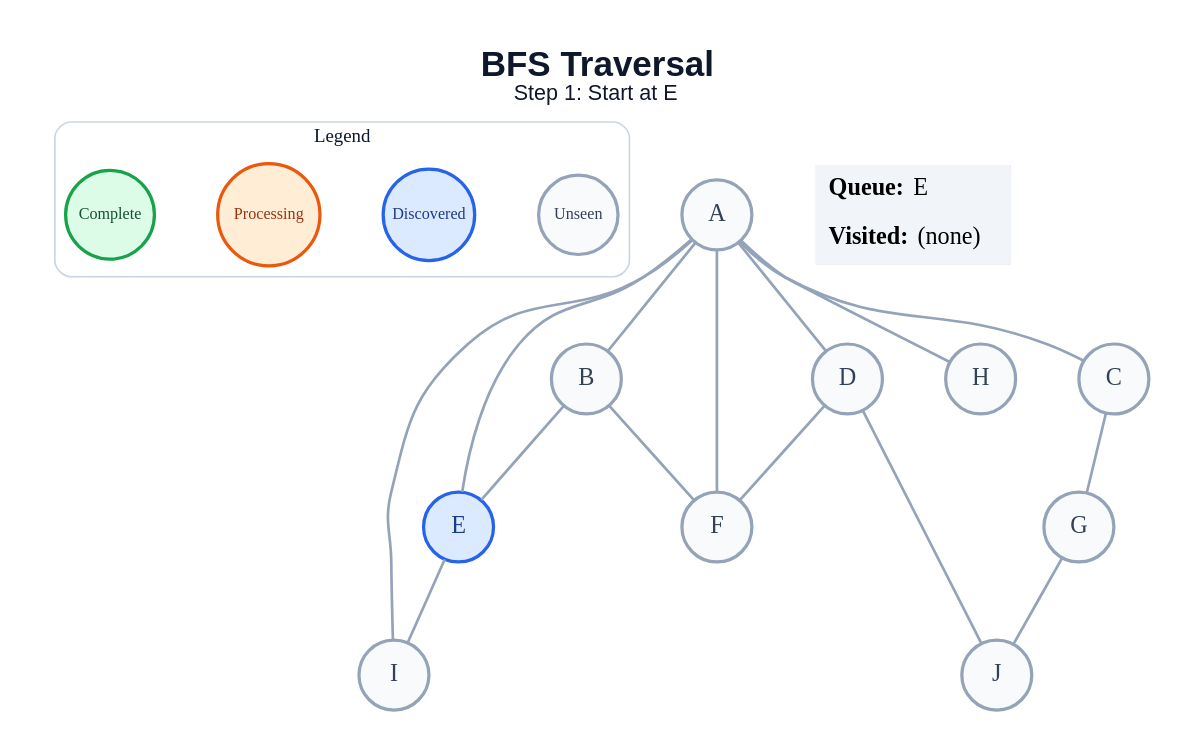
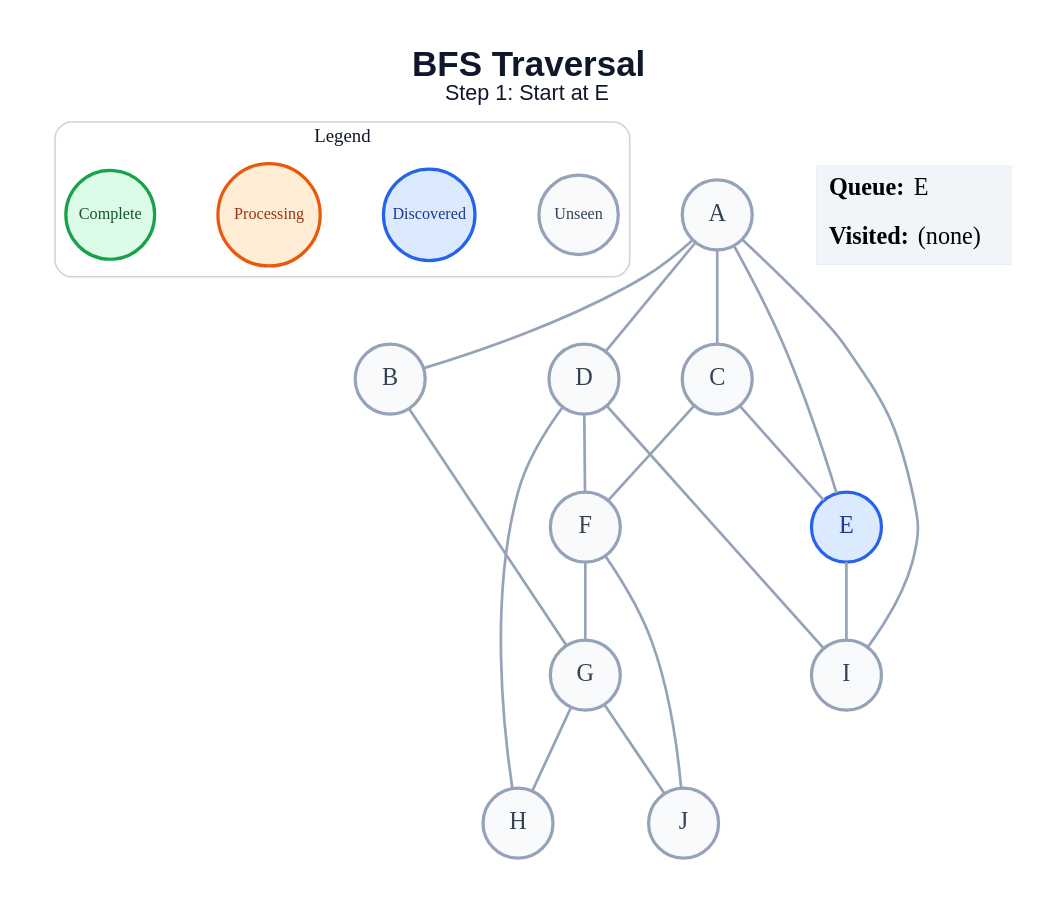
Before and after one commit to amanghodawala9/ai-slop: the diagram in generated/specific-node/bfs/step_01.dot, drawn with Graphviz. The commit also changed 178 other files, not shown here.

```diff
--- a/generated/specific-node/bfs/step_01.dot
+++ b/generated/specific-node/bfs/step_01.dot
@@ -1,43 +1,45 @@
 graph traversal {
   graph [layout=dot, rankdir=TB, bgcolor="#FFFFFF", pad="0.35", nodesep="0.65", ranksep="0.8", fontname="Arial"];
   node [shape=circle, style="filled", fontname="Arial Bold", fontsize=18, width=0.72, fixedsize=true, penwidth=2.4];
   edge [color="#94A3B8", penwidth=2.0];
   label=<<B>BFS Traversal</B><BR/><FONT POINT-SIZE="16">Step 1: Start at E</FONT>>; labelloc="t"; fontsize=26; fontname="Arial"; fontcolor="#0F172A";
   subgraph cluster_legend { label="Legend"; color="#CBD5E1"; penwidth=1.2; style="rounded"; fontsize=14; fontname="Arial Bold";
     key_unseen [label="Unseen", fillcolor="#F8FAFC", color="#94A3B8", fontcolor="#334155", fontsize=12, width=0.82];
     key_frontier [label="Discovered", fillcolor="#DBEAFE", color="#2563EB", fontcolor="#1E3A8A", fontsize=12, width=0.95];
     key_current [label="Processing", fillcolor="#FFEDD5", color="#EA580C", fontcolor="#9A3412", fontsize=12, width=1.05];
     key_done [label="Complete", fillcolor="#DCFCE7", color="#16A34A", fontcolor="#14532D", fontsize=12, width=0.92];
     { rank=same; key_unseen; key_frontier; key_current; key_done; }
   }
   A [fillcolor="#F8FAFC", color="#94A3B8", fontcolor="#334155"];
   B [fillcolor="#F8FAFC", color="#94A3B8", fontcolor="#334155"];
   C [fillcolor="#F8FAFC", color="#94A3B8", fontcolor="#334155"];
   D [fillcolor="#F8FAFC", color="#94A3B8", fontcolor="#334155"];
   E [fillcolor="#DBEAFE", color="#2563EB", fontcolor="#1E3A8A"];
   F [fillcolor="#F8FAFC", color="#94A3B8", fontcolor="#334155"];
   G [fillcolor="#F8FAFC", color="#94A3B8", fontcolor="#334155"];
   H [fillcolor="#F8FAFC", color="#94A3B8", fontcolor="#334155"];
   I [fillcolor="#F8FAFC", color="#94A3B8", fontcolor="#334155"];
   J [fillcolor="#F8FAFC", color="#94A3B8", fontcolor="#334155"];
   A -- B;
   A -- C;
   A -- D;
   A -- E;
-  A -- F;
-  A -- H;
   A -- I;
-  B -- E;
-  B -- F;
-  C -- G;
+  B -- G;
+  C -- E;
+  C -- F;
   D -- F;
-  D -- J;
+  D -- H;
+  D -- I;
   E -- I;
+  F -- G;
+  F -- J;
+  G -- H;
   G -- J;
   status [shape=plain, fixedsize=false, width=0, height=0, margin=0, label=<
     <TABLE BORDER="0" CELLBORDER="0" CELLPADDING="7" BGCOLOR="#F1F5F9">
       <TR><TD ALIGN="LEFT"><B>Queue:</B> E</TD></TR>
       <TR><TD ALIGN="LEFT"><B>Visited:</B> (none)</TD></TR>
     </TABLE>
   >];
 }
```
